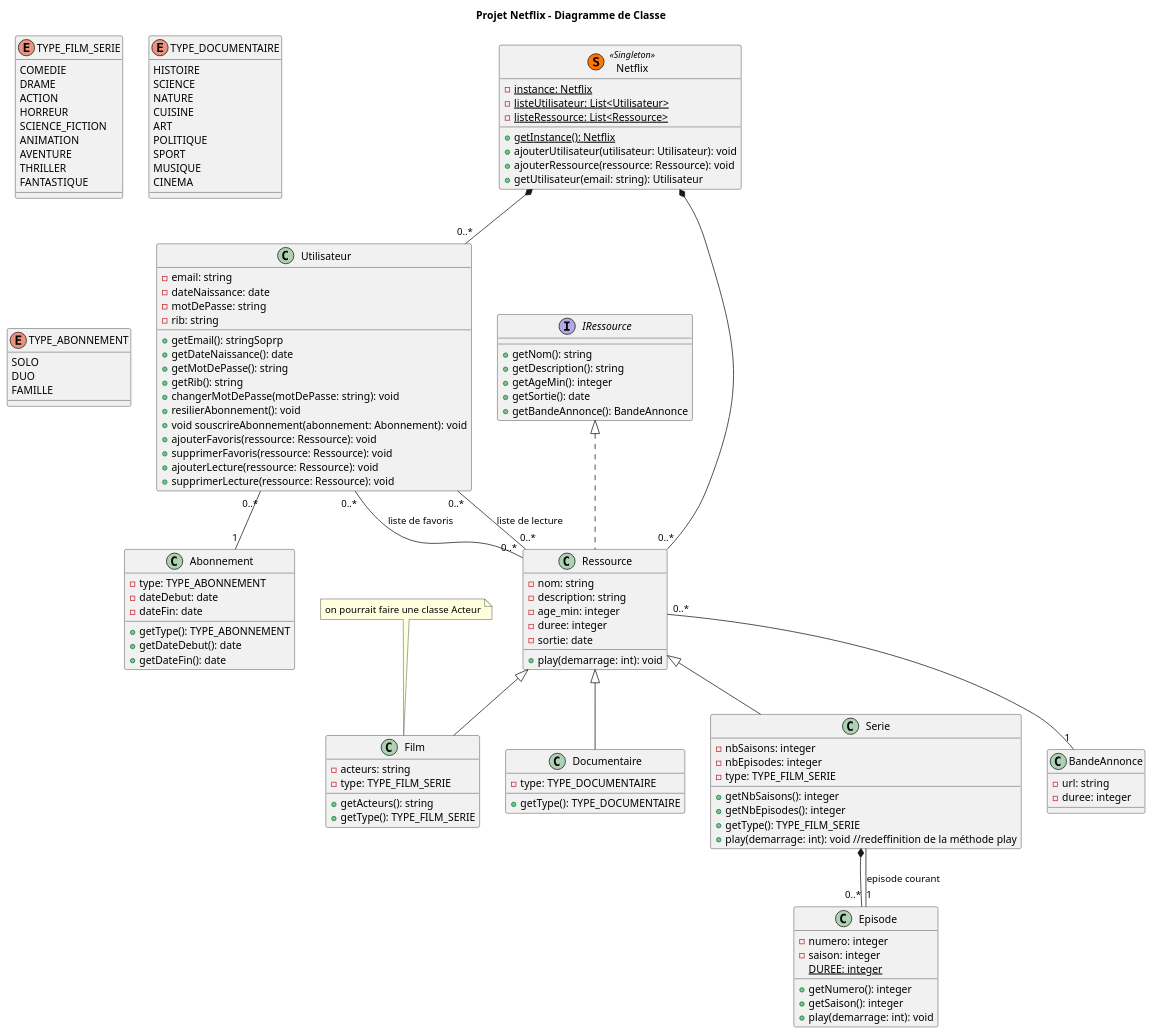
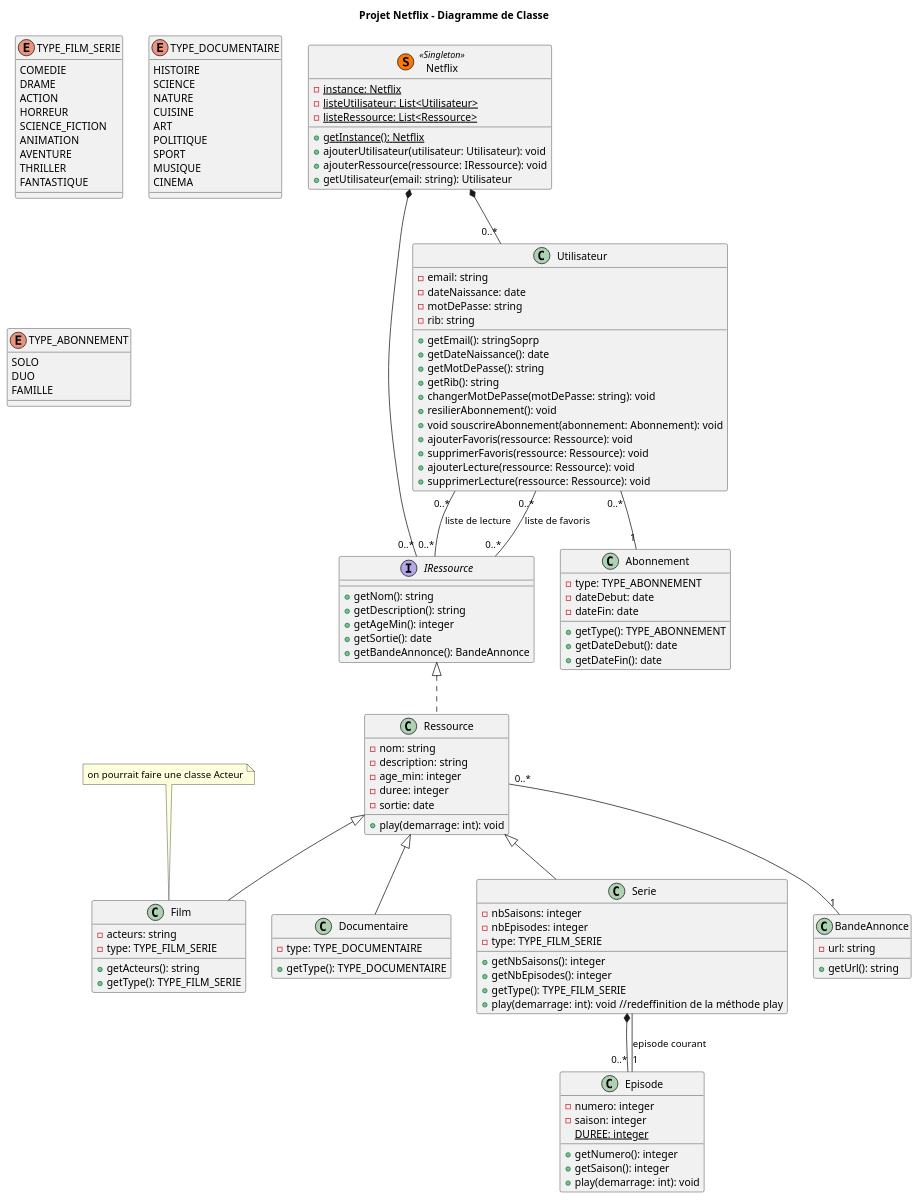
Before and after one commit to tigrou23/Netflix_JAVA: the diagram in diagramme.puml, drawn with PlantUML. The commit also changed 2 other files, not shown here.

```diff
--- a/diagramme.puml
+++ b/diagramme.puml
@@ -1,153 +1,153 @@
 @startuml
 
 title Projet Netflix - Diagramme de Classe
 
 class Netflix << (S,#FF7700) Singleton >>{
     {static} - instance: Netflix
     {static} - listeUtilisateur: List<Utilisateur>
     {static} - listeRessource: List<Ressource>
     {static} + getInstance(): Netflix
     + ajouterUtilisateur(utilisateur: Utilisateur): void
-    + ajouterRessource(ressource: Ressource): void
+    + ajouterRessource(ressource: IRessource): void
     + getUtilisateur(email: string): Utilisateur
 }
 
 Netflix *-- "0..*" Utilisateur
-Netflix *-- "0..*" Ressource
+Netflix *-- "0..*" IRessource
 
 /'
 ---- Définition des Ressources ----
 '/
 
 enum TYPE_FILM_SERIE {
     COMEDIE
     DRAME
     ACTION
     HORREUR
     SCIENCE_FICTION
     ANIMATION
     AVENTURE
     THRILLER
     FANTASTIQUE
 }
 
 enum TYPE_DOCUMENTAIRE{
     HISTOIRE
     SCIENCE
     NATURE
     CUISINE
     ART
     POLITIQUE
     SPORT
     MUSIQUE
     CINEMA
 }
 
 class BandeAnnonce{
     - url: string
-    - duree: integer
+    + getUrl(): string
 }
 
 interface IRessource{
     + getNom(): string
     + getDescription(): string
     + getAgeMin(): integer
     + getSortie(): date
     + getBandeAnnonce(): BandeAnnonce
 }
 
 note "on pourrait faire une classe Acteur" as acteur
 acteur .. Film
 
 abstract Ressource {
     - nom: string
     - description: string
     - age_min: integer
     - duree: integer
     - sortie: date
     + play(demarrage: int): void
 }
 
 Ressource "0..*" -- "1" BandeAnnonce
 class Ressource implements IRessource
 
 class Film{
     - acteurs: string
     - type: TYPE_FILM_SERIE
     + getActeurs(): string
     + getType(): TYPE_FILM_SERIE
 }
 
 class Documentaire{
     - type: TYPE_DOCUMENTAIRE
     + getType(): TYPE_DOCUMENTAIRE
 }
 
 class Serie{
     - nbSaisons: integer
     - nbEpisodes: integer
     - type: TYPE_FILM_SERIE
     + getNbSaisons(): integer
     + getNbEpisodes(): integer
     + getType(): TYPE_FILM_SERIE
     + play(demarrage: int): void //redeffinition de la méthode play
 }
 
 class Episode{
     - numero: integer
     - saison: integer
     {static} DUREE: integer
     + getNumero(): integer
     + getSaison(): integer
     + play(demarrage: int): void
 }
 
 Serie *-- "0..*" Episode
 Serie -- "1" Episode : "episode courant"
 
 class Film extends Ressource
 class Documentaire extends Ressource
 class Serie extends Ressource
 
 /'
 ---- Définition des Utilisateurs ----
 '/
 
 enum TYPE_ABONNEMENT{
     SOLO
     DUO
     FAMILLE
 }
 
 class Abonnement{
     - type: TYPE_ABONNEMENT
     - dateDebut: date
     - dateFin: date
     + getType(): TYPE_ABONNEMENT
     + getDateDebut(): date
     + getDateFin(): date
 }
 
 class Utilisateur{
     - email: string
     - dateNaissance: date
     - motDePasse: string
     - rib: string
     + getEmail(): stringSoprp
     + getDateNaissance(): date
     + getMotDePasse(): string
     + getRib(): string
     + changerMotDePasse(motDePasse: string): void
     + resilierAbonnement(): void
     + void souscrireAbonnement(abonnement: Abonnement): void
     + ajouterFavoris(ressource: Ressource): void
     + supprimerFavoris(ressource: Ressource): void
     + ajouterLecture(ressource: Ressource): void
     + supprimerLecture(ressource: Ressource): void
 }
 
-Utilisateur "0..*" -- "0..*" Ressource : "liste de favoris"
-Utilisateur "0..*" -- "0..*" Ressource : "liste de lecture"
+Utilisateur "0..*" -- "0..*" IRessource : "liste de favoris"
+Utilisateur "0..*" -- "0..*" IRessource : "liste de lecture"
 Utilisateur "0..*" -- "1" Abonnement
 
 @enduml
```
